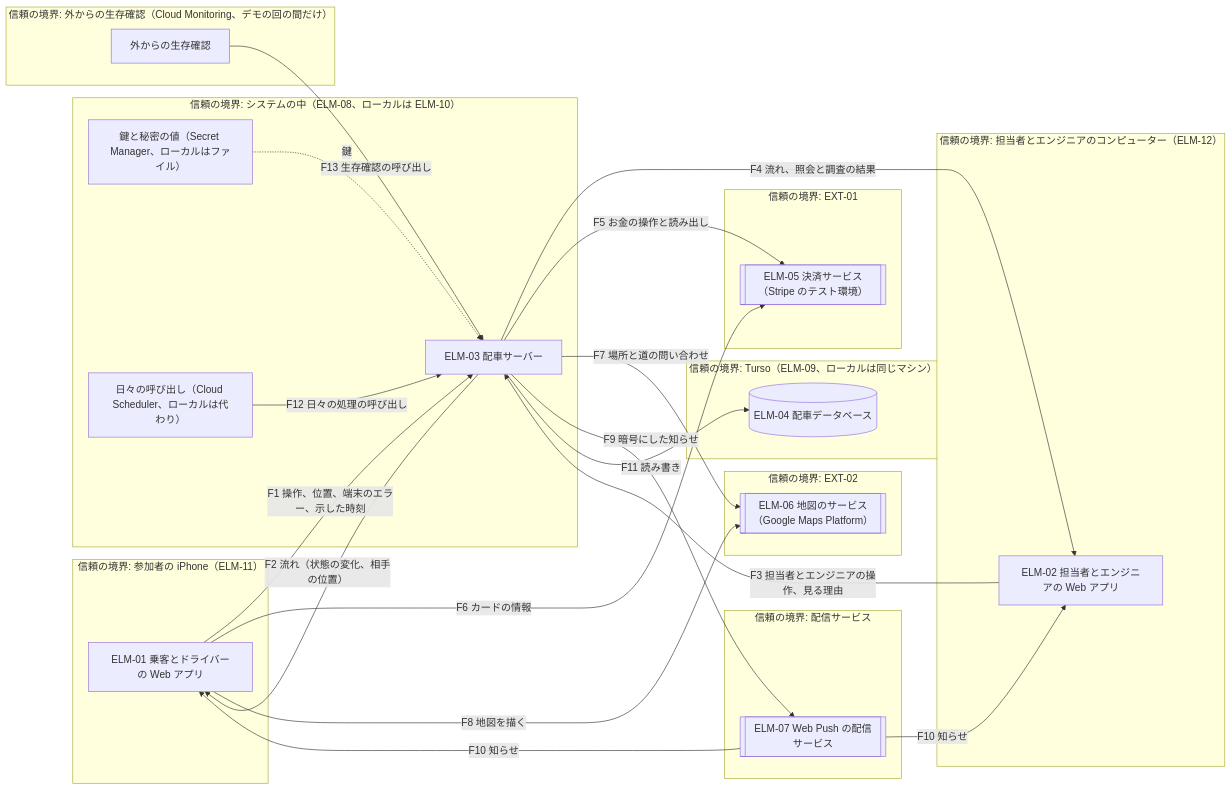
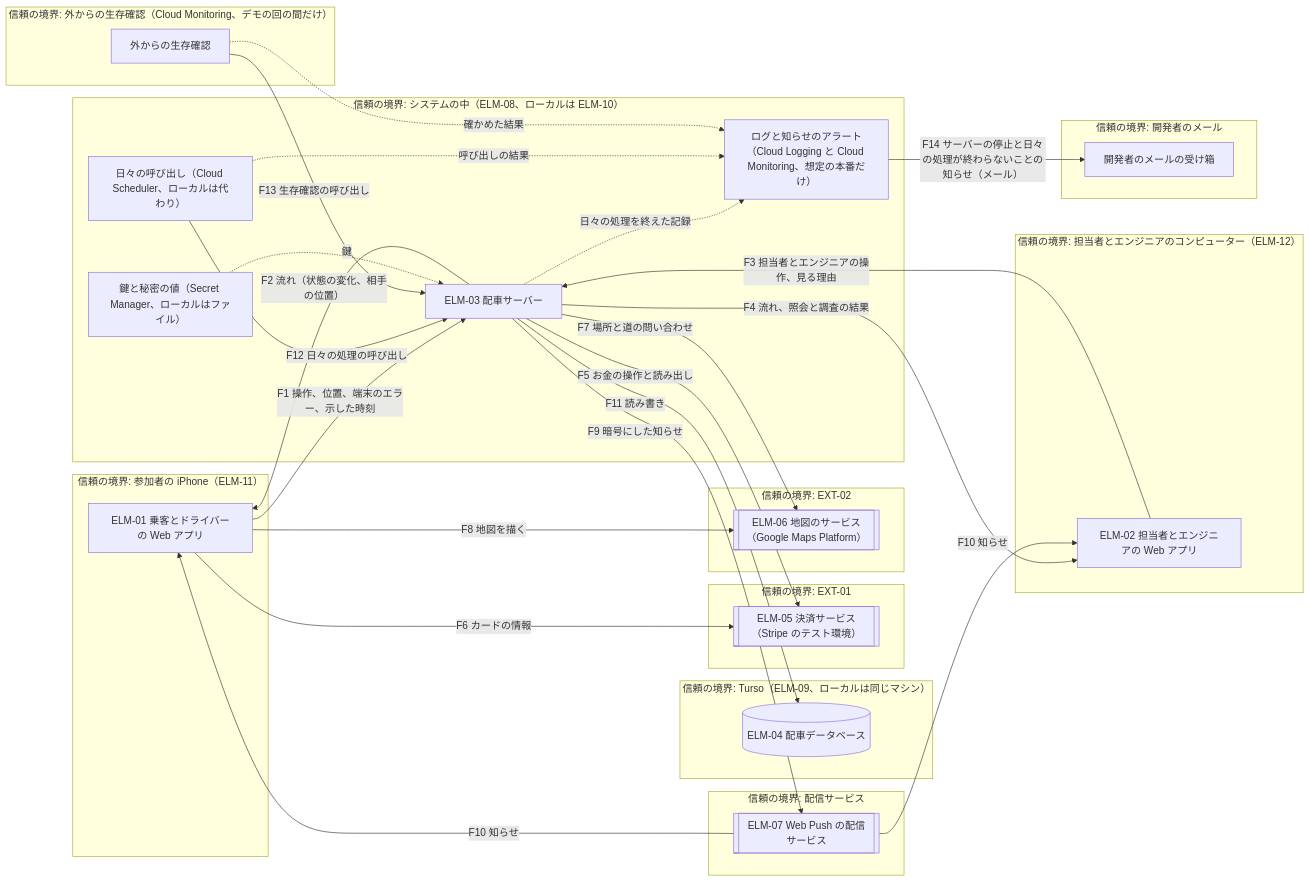
Before and after one commit to Taro000/ride-hailing-app-demo: the first of 6 diagrams in docs/design/2-architecture.md, drawn with Mermaid. The commit also changed other lines of this file and 6 other files, not shown here.

First line of the commit message:
architecture-drivers-to-architecture: 中の指摘 FND-09 を受け入れ、回の外の日々の処理をプラットフォームのアラートで見張る

````diff
--- a/docs/design/2-architecture.md
+++ b/docs/design/2-architecture.md
@@ -304,44 +309,52 @@
 ```mermaid
 flowchart LR
   subgraph zphone["信頼の境界: 参加者の iPhone（ELM-11）"]
     app["ELM-01 乗客とドライバーの Web アプリ"]
   end
   subgraph zpc["信頼の境界: 担当者とエンジニアのコンピューター（ELM-12）"]
     con["ELM-02 担当者とエンジニアの Web アプリ"]
   end
   subgraph zsys["信頼の境界: システムの中（ELM-08、ローカルは ELM-10）"]
     srv["ELM-03 配車サーバー"]
     sec["鍵と秘密の値（Secret Manager、ローカルはファイル）"]
     sch["日々の呼び出し（Cloud Scheduler、ローカルは代わり）"]
+    alert["ログと知らせのアラート（Cloud Logging と Cloud Monitoring、想定の本番だけ）"]
   end
   subgraph zdb["信頼の境界: Turso（ELM-09、ローカルは同じマシン）"]
     db[("ELM-04 配車データベース")]
   end
   subgraph zpay["信頼の境界: EXT-01"]
     pay[["ELM-05 決済サービス（Stripe のテスト環境）"]]
   end
   subgraph zmap["信頼の境界: EXT-02"]
     map[["ELM-06 地図のサービス（Google Maps Platform）"]]
   end
   subgraph zpush["信頼の境界: 配信サービス"]
     push[["ELM-07 Web Push の配信サービス"]]
   end
   subgraph zmon["信頼の境界: 外からの生存確認（Cloud Monitoring、デモの回の間だけ）"]
     mon["外からの生存確認"]
   end
+  subgraph zmail["信頼の境界: 開発者のメール"]
+    mail["開発者のメールの受け箱"]
+  end
   app -->|F1 操作、位置、端末のエラー、示した時刻| srv
   srv -->|F2 流れ（状態の変化、相手の位置）| app
   con -->|F3 担当者とエンジニアの操作、見る理由| srv
   srv -->|F4 流れ、照会と調査の結果| con
   srv -->|F5 お金の操作と読み出し| pay
   app -->|F6 カードの情報| pay
   srv -->|F7 場所と道の問い合わせ| map
   app -->|F8 地図を描く| map
   srv -->|F9 暗号にした知らせ| push
   push -->|F10 知らせ| app
   push -->|F10 知らせ| con
   srv -->|F11 読み書き| db
   sch -->|F12 日々の処理の呼び出し| srv
   mon -->|F13 生存確認の呼び出し| srv
   sec -.->|鍵| srv
+  srv -.->|日々の処理を終えた記録| alert
+  sch -.->|呼び出しの結果| alert
+  mon -.->|確かめた結果| alert
+  alert -->|F14 サーバーの停止と日々の処理が終わらないことの知らせ（メール）| mail
 ```
````
